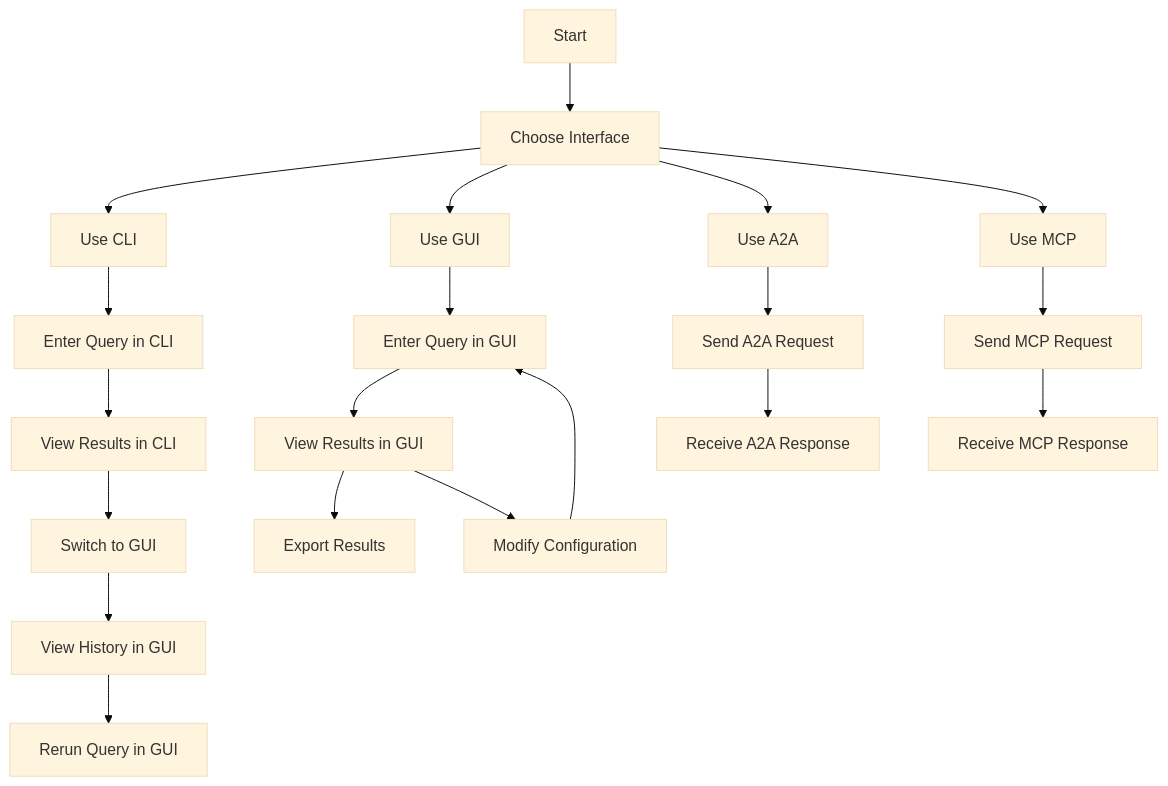
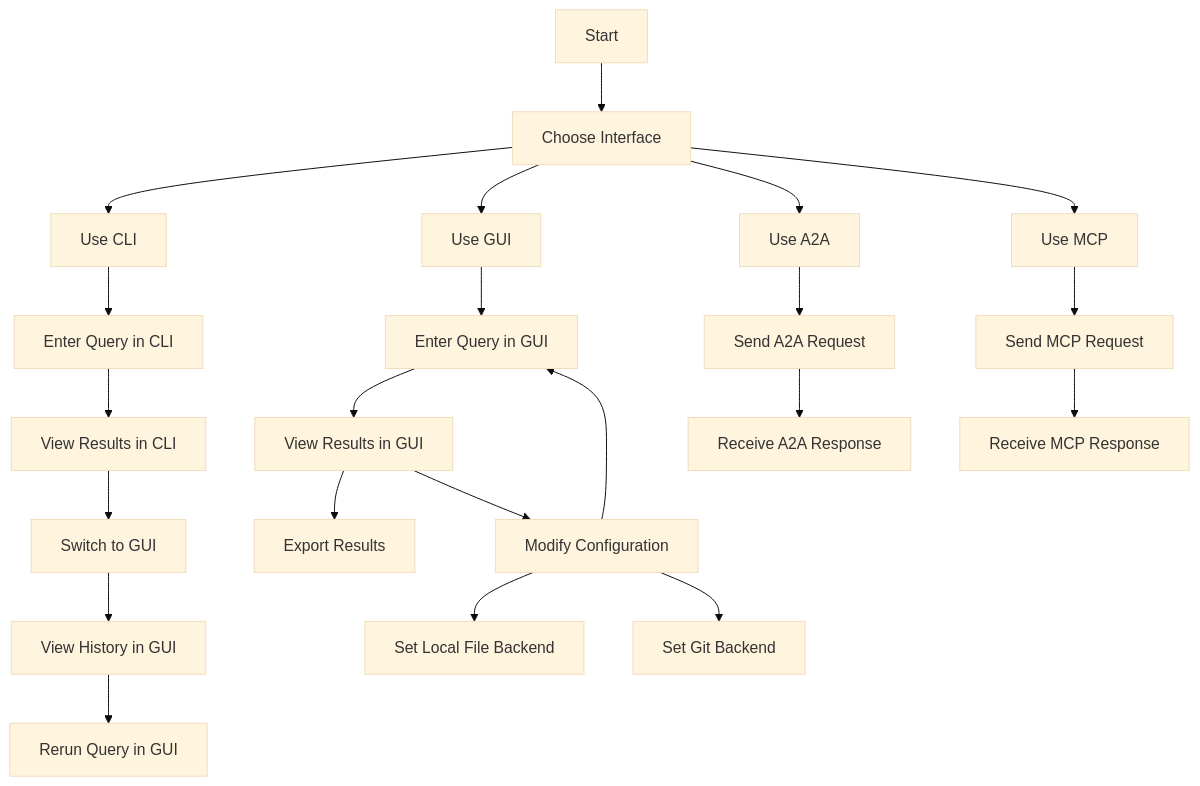
Before and after one commit to ravenoak/autoresearch: the fifth of 5 diagrams in docs/diagrams/ux_architecture.md, drawn with Mermaid (base theme). The commit also changed other lines of this file and 1 other file, not shown here.

Commit message:
docs: include local file and git backends

````diff
--- a/docs/diagrams/ux_architecture.md
+++ b/docs/diagrams/ux_architecture.md
@@ -127,27 +131,29 @@
 ```mermaid
 graph TD
     Start[Start] --> ChooseInterface[Choose Interface]
     
     ChooseInterface --> UseCLI[Use CLI]
     ChooseInterface --> UseGUI[Use GUI]
     ChooseInterface --> UseA2A[Use A2A]
     ChooseInterface --> UseMCP[Use MCP]
     
     UseCLI --> EnterCLIQuery[Enter Query in CLI]
     UseGUI --> EnterGUIQuery[Enter Query in GUI]
     UseA2A --> SendA2ARequest[Send A2A Request]
     UseMCP --> SendMCPRequest[Send MCP Request]
     
     EnterCLIQuery --> ViewCLIResults[View Results in CLI]
     EnterGUIQuery --> ViewGUIResults[View Results in GUI]
     SendA2ARequest --> ReceiveA2AResponse[Receive A2A Response]
     SendMCPRequest --> ReceiveMCPResponse[Receive MCP Response]
     
     ViewCLIResults --> SwitchToGUI[Switch to GUI]
     SwitchToGUI --> ViewHistoryInGUI[View History in GUI]
     ViewHistoryInGUI --> RerunQueryInGUI[Rerun Query in GUI]
     
     ViewGUIResults --> ExportResults[Export Results]
     ViewGUIResults --> ModifyConfig[Modify Configuration]
+    ModifyConfig --> ConfigureLocalFiles[Set Local File Backend]
+    ModifyConfig --> ConfigureGitRepo[Set Git Backend]
     ModifyConfig --> EnterGUIQuery
 ```
````
